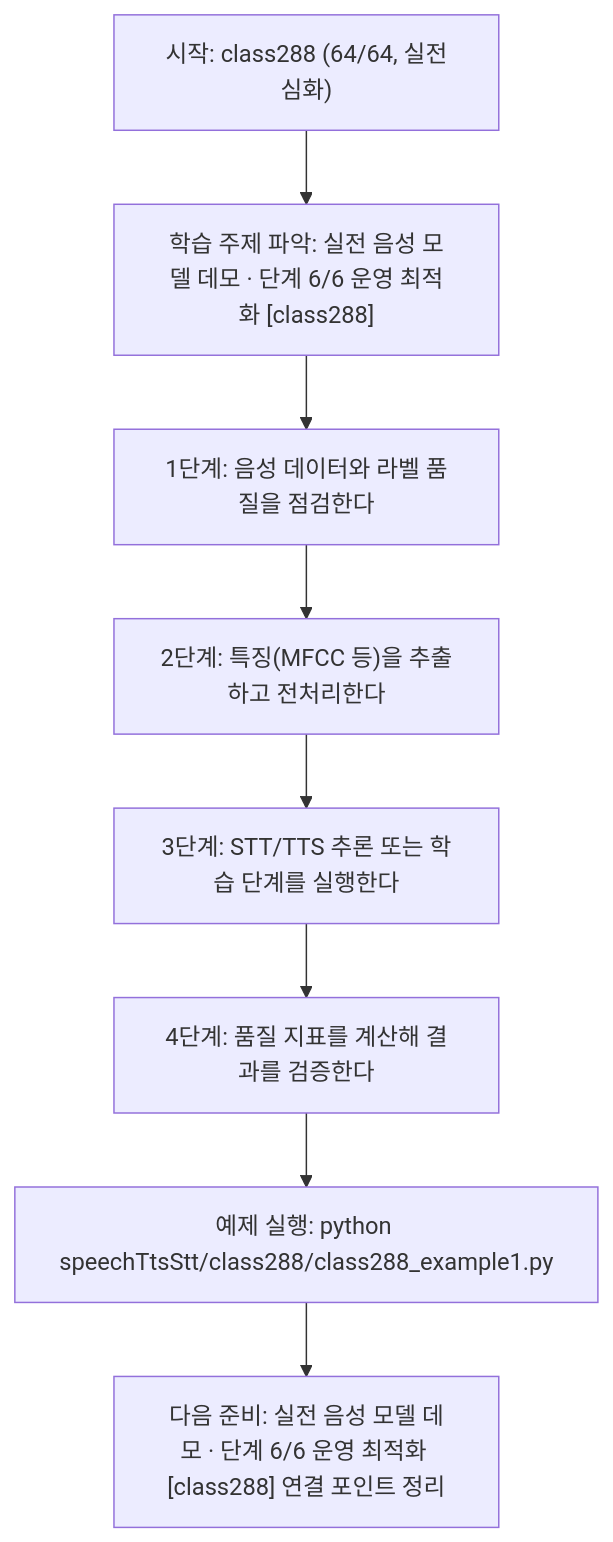
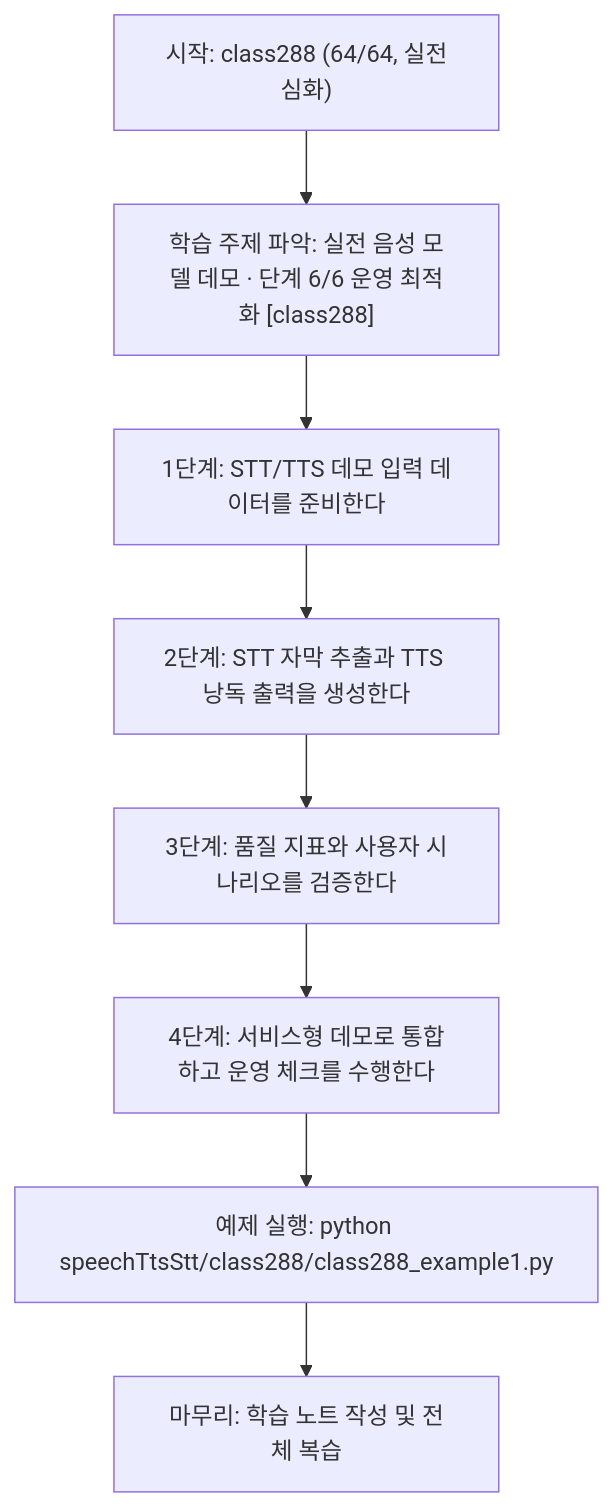
One commit to edumgt/Python-AI_Agent-Class changed the diagram in speechTtsStt/class288/class288.md. Above: the diagram before and after it, drawn with Mermaid. The commit also changed other lines of this file and 1122 other files, not shown here.

````diff
--- a/speechTtsStt/class288/class288.md
+++ b/speechTtsStt/class288/class288.md
@@ -115,18 +95,18 @@
 ```mermaid
 flowchart TD
 N1["시작: class288 (64/64, 실전심화)"]
 N2["학습 주제 파악: 실전 음성 모델 데모 · 단계 6/6 운영 최적화 [class288]"]
-N3["1단계: 음성 데이터와 라벨 품질을 점검한다"]
-N4["2단계: 특징(MFCC 등)을 추출하고 전처리한다"]
-N5["3단계: STT/TTS 추론 또는 학습 단계를 실행한다"]
-N6["4단계: 품질 지표를 계산해 결과를 검증한다"]
+N3["1단계: STT/TTS 데모 입력 데이터를 준비한다"]
+N4["2단계: STT 자막 추출과 TTS 낭독 출력을 생성한다"]
+N5["3단계: 품질 지표와 사용자 시나리오를 검증한다"]
+N6["4단계: 서비스형 데모로 통합하고 운영 체크를 수행한다"]
 N7["예제 실행: python speechTtsStt/class288/class288_example1.py"]
-N8["다음 준비: 실전 음성 모델 데모 · 단계 6/6 운영 최적화 [class288] 연결 포인트 정리"]
+N8["마무리: 학습 노트 작성 및 전체 복습"]
 N1 --> N2
 N2 --> N3
 N3 --> N4
 N4 --> N5
 N5 --> N6
 N6 --> N7
 N7 --> N8
 ```
````
